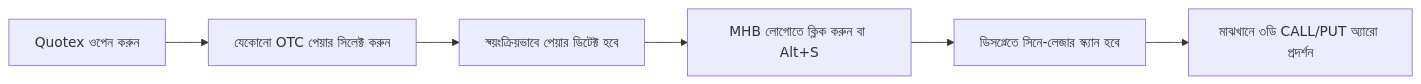
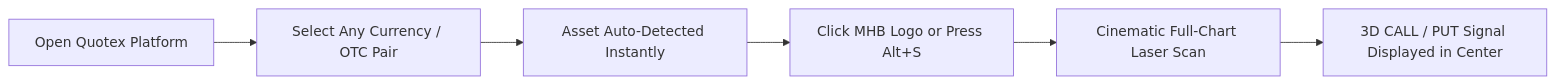
The diagram in README.md (parvezrepository/SignalScan-Quotex-extensions), drawn with Mermaid before and after one commit. The commit also changed other lines of this file, not shown here.

Commit message:
docs: convert README to full professional English

````diff
--- a/README.md
+++ b/README.md
@@ -87,8 +87,8 @@
 ```mermaid
 flowchart LR
-    A["Quotex ওপেন করুন"] --> B["যেকোনো OTC পেয়ার সিলেক্ট করুন"]
-    B --> C["স্বয়ংক্রিয়ভাবে পেয়ার ডিটেক্ট হবে"]
-    C --> D["MHB লোগোতে ক্লিক করুন বা Alt+S"]
-    D --> E["ডিসপ্লেতে সিনে-লেজার স্ক্যান হবে"]
-    E --> F["মাঝখানে ৩ডি CALL/PUT অ্যারো প্রদর্শন"]
+    A["Open Quotex Platform"] --> B["Select Any Currency / OTC Pair"]
+    B --> C["Asset Auto-Detected Instantly"]
+    C --> D["Click MHB Logo or Press Alt+S"]
+    D --> E["Cinematic Full-Chart Laser Scan"]
+    E --> F["3D CALL / PUT Signal Displayed in Center"]
 ```
````
